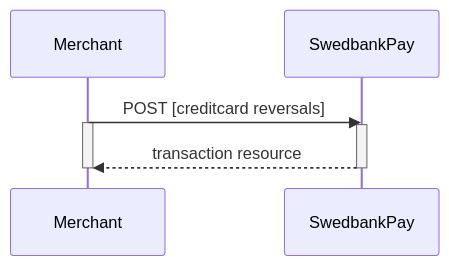
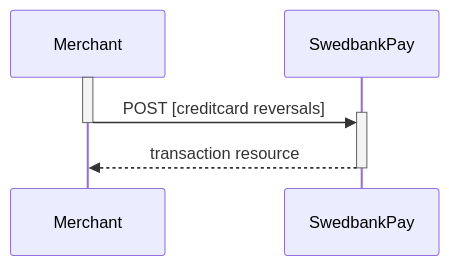
One commit to SwedbankPay/developer.swedbankpay.com changed the third of 10 diagrams in payments/credit-card/after-payment.md. Above: the diagram before and after it, drawn with Mermaid. The commit also changed other lines of this file, not shown here.

Commit message:
DX-406 added descriptions of properties, fixed sequence diagrams, added code fences, typo fix, and added links

````diff
--- a/payments/credit-card/after-payment.md
+++ b/payments/credit-card/after-payment.md
@@ -542,9 +632,8 @@
 ```mermaid
 sequenceDiagram
-  Merchant->>SwedbankPay: POST [creditcard reversals]
   activate Merchant
-  activate SwedbankPay
+  Merchant->>+SwedbankPay: POST [creditcard reversals]
+  deactivate Merchant
   SwedbankPay-->>Merchant: transaction resource
   deactivate SwedbankPay
-  deactivate Merchant
 ```
````
